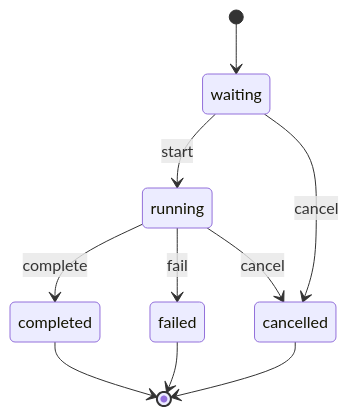
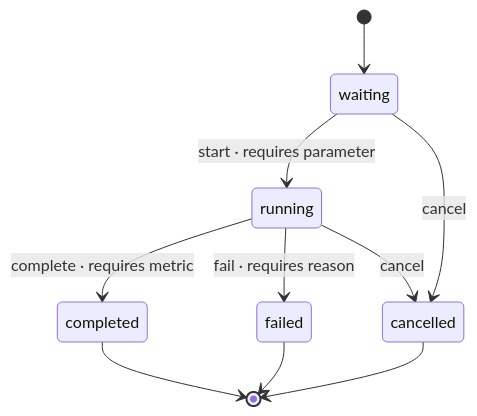
Before and after one commit to S0ME2/SentineML: the fifth of 9 diagrams in README.md, drawn with Mermaid. The commit also changed other lines of this file and 150 other files, not shown here.

Commit message:
feat(core): complete clean architecture migration and add Redis caching

````diff
--- a/README.md
+++ b/README.md
@@ -147,13 +582,12 @@
 ```mermaid
 stateDiagram-v2
     [*] --> waiting
-    waiting --> running: start
+    waiting --> running: start · requires parameter
     waiting --> cancelled: cancel
-    running --> completed: complete
-    running --> failed: fail
+    running --> completed: complete · requires metric
+    running --> failed: fail · requires reason
     running --> cancelled: cancel
-
     completed --> [*]
     failed --> [*]
     cancelled --> [*]
 ```
````
